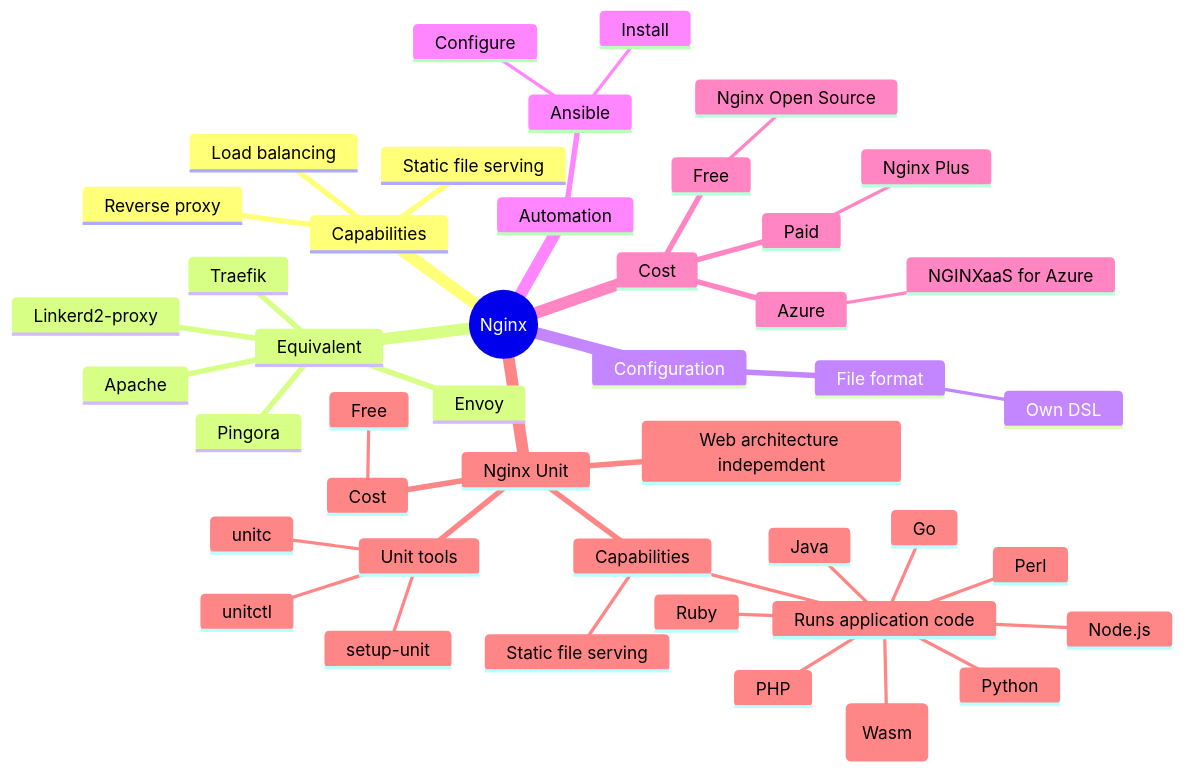
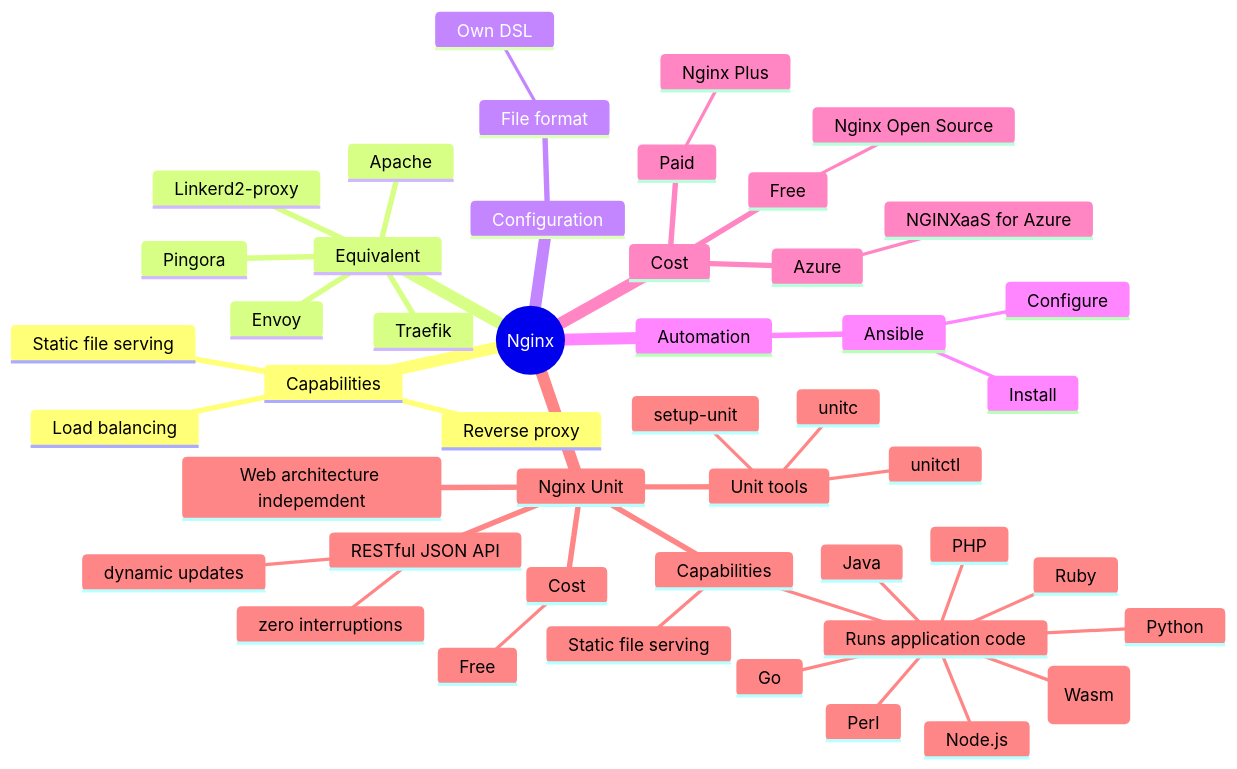
One commit to xdvarpunen/nginx-adventure changed the diagram in README.md. Above: the diagram before and after it, drawn with Mermaid.

````diff
--- a/README.md
+++ b/README.md
@@ -5,47 +5,50 @@
 ```mermaid
 mindmap
   root((Nginx))
     Capabilities
       Load balancing
       Reverse proxy
       Static file serving
     Equivalent
       Apache
       Pingora
       Envoy
       Linkerd2-proxy
       Traefik
     Configuration
       File format
         Own DSL
     Automation
       Ansible
         Install
         Configure
     Cost
       Free
         Nginx Open Source
       Paid
         Nginx Plus
       Azure
         NGINXaaS for Azure
     Nginx Unit
       Cost
         Free
       Capabilities
         Static file serving
         Runs application code
           Go
           Java
           Node.js
           Perl
           PHP
           Python
           Ruby
           WebAssembly (Wasm)
       Web architecture indepemdent
       Unit tools
         setup-unit
         unitc
         unitctl
+      RESTful JSON API
+        dynamic updates
+        zero interruptions
 ```
````
